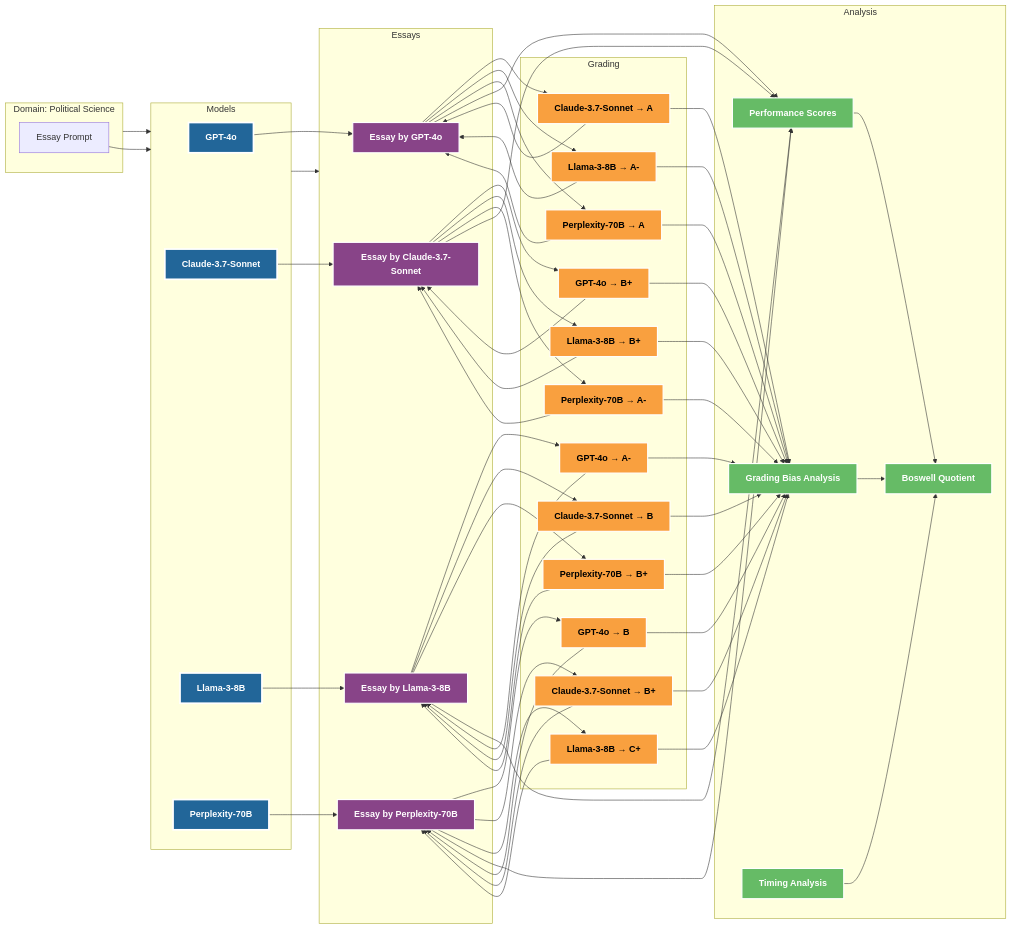
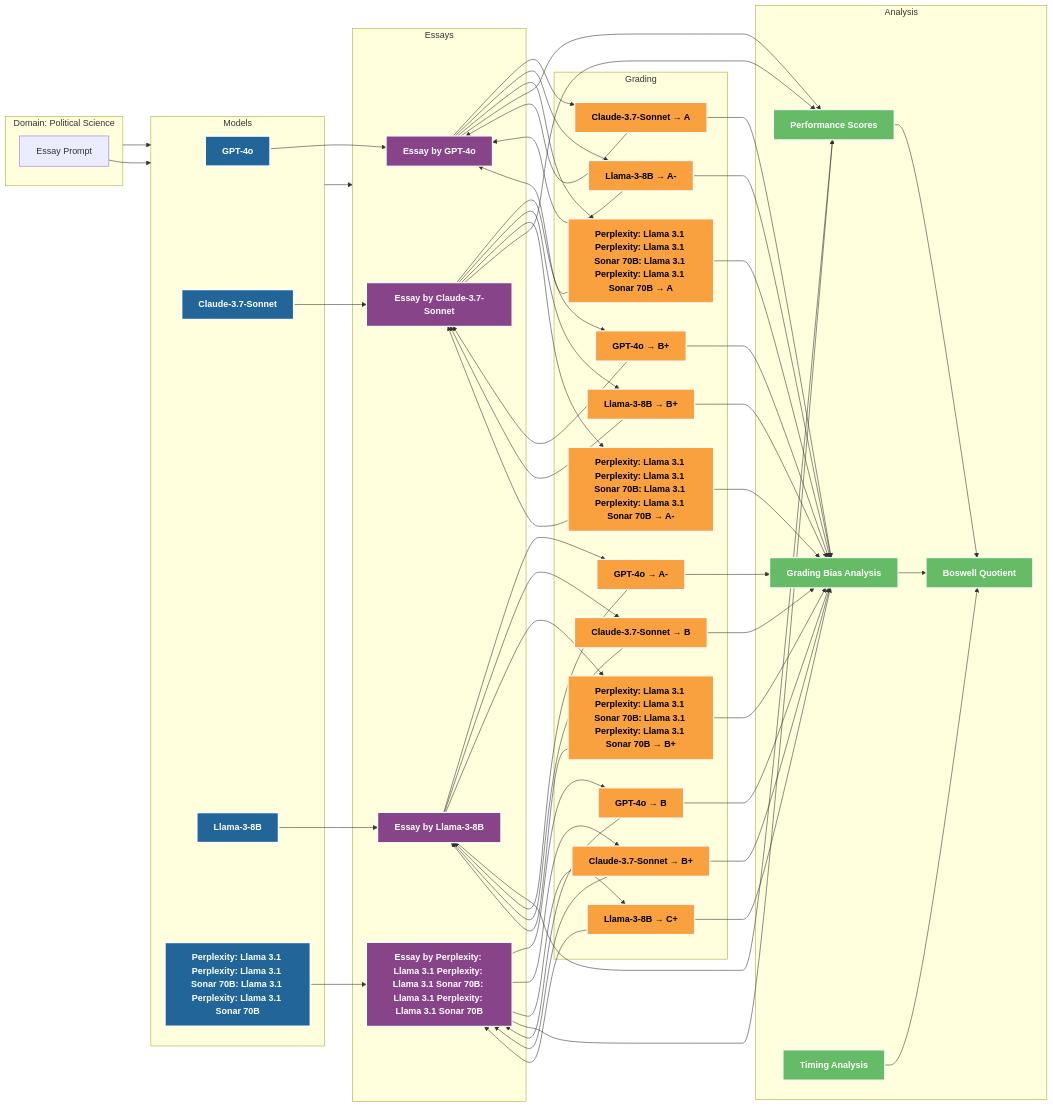
The second of 3 diagrams in docs/technical/model_interaction.md (referential-ai/boswell-test), drawn with Mermaid before and after one commit. The commit also changed 157 other files, not shown here.

```diff
--- a/docs/technical/model_interaction.md
+++ b/docs/technical/model_interaction.md
@@ -83,14 +83,14 @@
         M1[GPT-4o]
         M2[Claude-3.7-Sonnet]
         M3[Llama-3-8B]
-        M4[Perplexity-70B]
+        M4[Perplexity: Llama 3.1 Perplexity: Llama 3.1 Sonar 70B: Llama 3.1 Perplexity: Llama 3.1 Sonar 70B]
     end
 
     subgraph Essays
         E1[Essay by GPT-4o]
         E2[Essay by Claude-3.7-Sonnet]
         E3[Essay by Llama-3-8B]
-        E4[Essay by Perplexity-70B]
+        E4[Essay by Perplexity: Llama 3.1 Perplexity: Llama 3.1 Sonar 70B: Llama 3.1 Perplexity: Llama 3.1 Sonar 70B]
     end
 
     subgraph Grading
@@ -106,9 +106,9 @@
         G32[Llama-3-8B → B+]
         G34[Llama-3-8B → C+]
         
-        G41[Perplexity-70B → A]
-        G42[Perplexity-70B → A-]
-        G43[Perplexity-70B → B+]
+        G41[Perplexity: Llama 3.1 Perplexity: Llama 3.1 Sonar 70B: Llama 3.1 Perplexity: Llama 3.1 Sonar 70B → A]
+        G42[Perplexity: Llama 3.1 Perplexity: Llama 3.1 Sonar 70B: Llama 3.1 Perplexity: Llama 3.1 Sonar 70B → A-]
+        G43[Perplexity: Llama 3.1 Perplexity: Llama 3.1 Sonar 70B: Llama 3.1 Perplexity: Llama 3.1 Sonar 70B → B+]
     end
 
     subgraph Analysis
```
